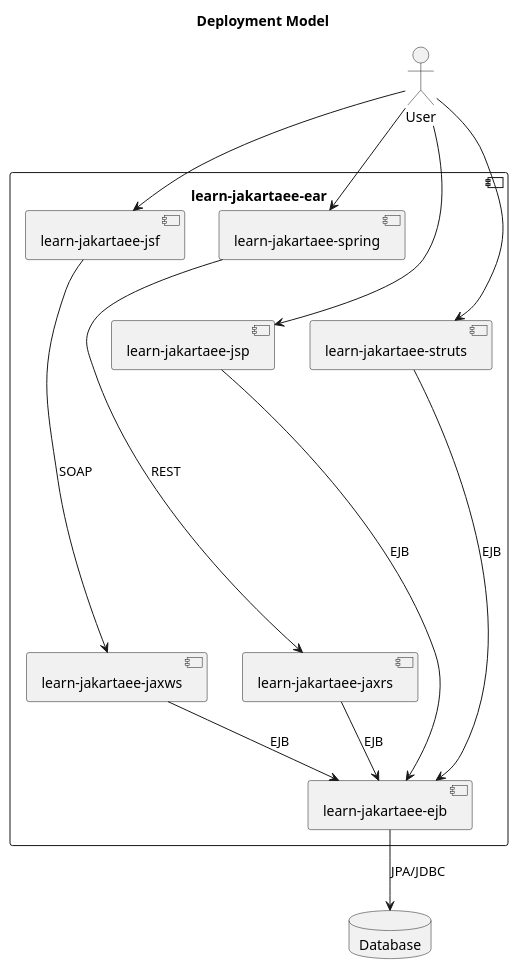
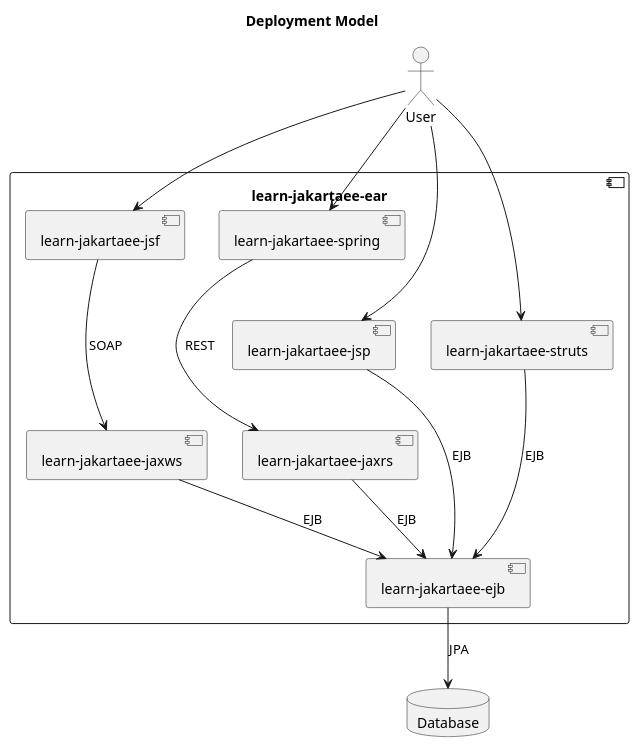
One commit to mpuening/learn-jakartaee changed the diagram in learn-jakartaee-docs/src/main/asciidoc/deployment-diagram.asciidoc. Above: the diagram before and after it, drawn with PlantUML. The commit also changed 1 other file, not shown here.

Commit message:
Update deployment diagram

```diff
--- a/learn-jakartaee-docs/src/main/asciidoc/deployment-diagram.asciidoc
+++ b/learn-jakartaee-docs/src/main/asciidoc/deployment-diagram.asciidoc
@@ -30,37 +30,37 @@
 [plantuml,"deployment",png]
 ----
 @startuml
 title Deployment Model
 actor "User" as user
 component learn-jakartaee-ear {
 	component learn-jakartaee-jsp as jsp {
 	}
 	component learn-jakartaee-jsf as jsf {
 	}
 	component learn-jakartaee-struts as struts {
 	}
 	component learn-jakartaee-spring as spring {
 	}
 	component "learn-jakartaee-jaxrs" as jaxrs {
 	}
 	component learn-jakartaee-jaxws as jaxws {
 	}
 	component "learn-jakartaee-ejb" as ejb {
 	}
 }
 database Database as db {
 }
 
 user --> spring
 user --> jsf
 user --> jsp
 user --> struts
-spring ------> jaxrs : REST
-jsf    ------> jaxws : SOAP
-struts ------> ejb : EJB
-jsp    ------> ejb : EJB
+spring ---> jaxrs : REST
+jsf    ---> jaxws : SOAP
+struts ---> ejb : EJB
+jsp    ---> ejb : EJB
 jaxrs --> ejb : EJB
 jaxws --> ejb : EJB
-ejb   --> db : JPA/JDBC
+ejb   --> db : JPA
 @enduml
 ----
```
